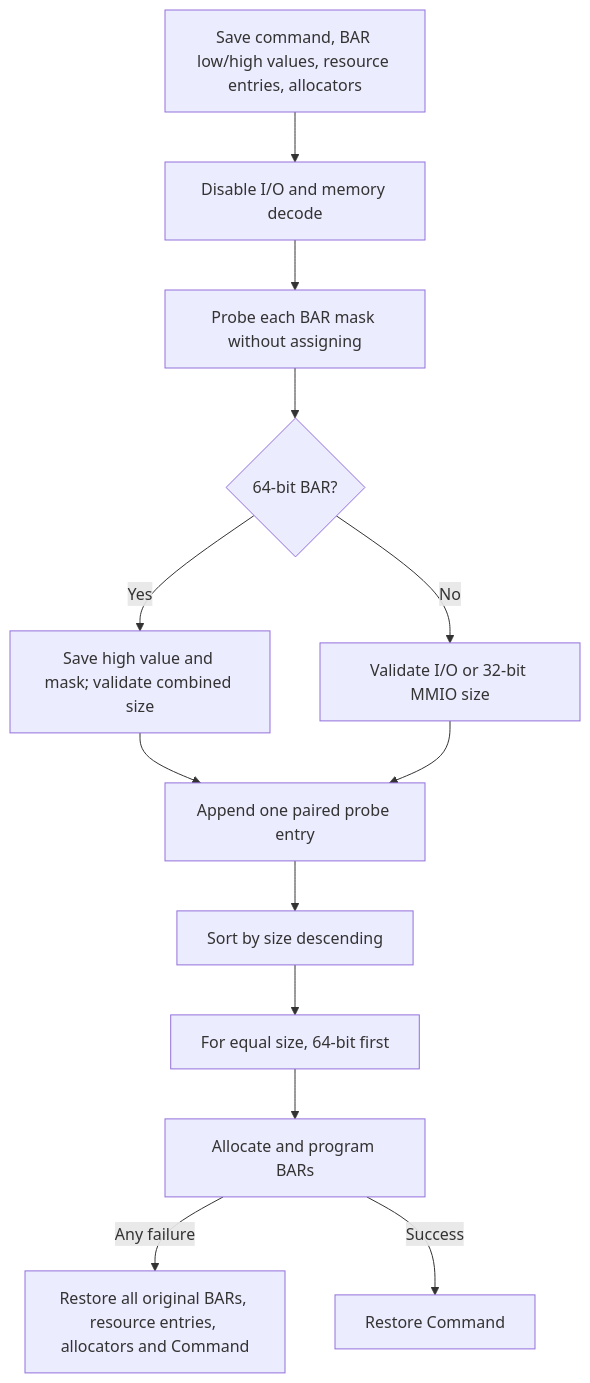
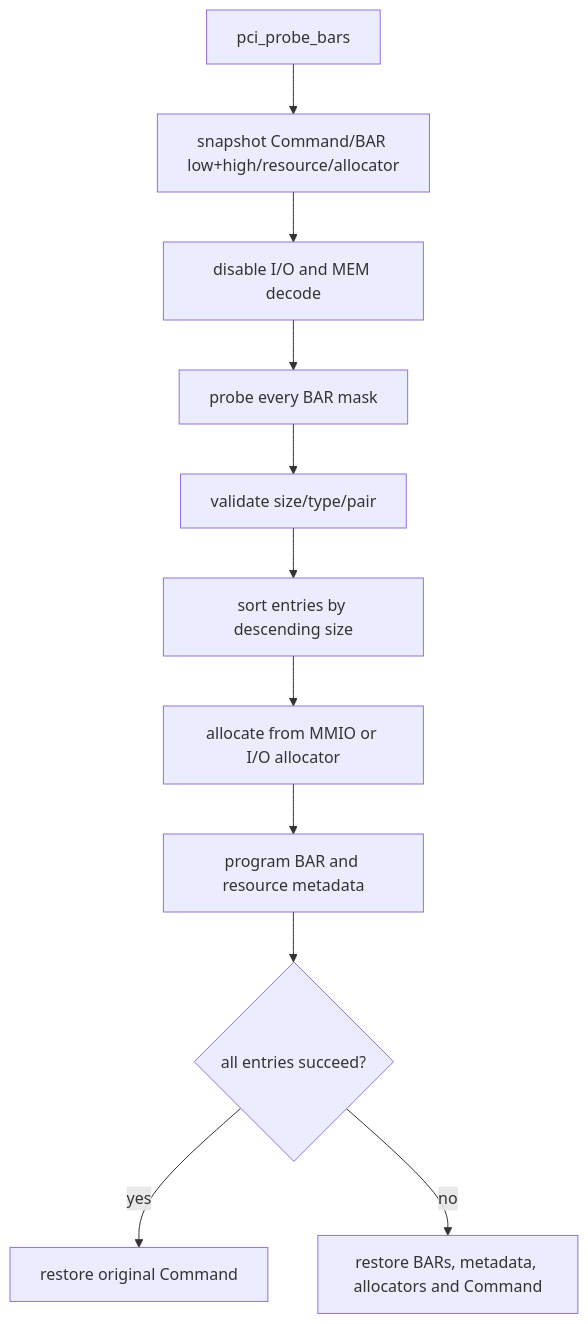
The first of 3 diagrams in docs/Phase113_PCI_BAR降序分配与桥窗口回滚_详细设计文档.md (huangtan203/avisor), drawn with Mermaid before and after one commit. The commit also changed other lines of this file, not shown here.

Commit message:
docs(pci): rebuild Phase 113 BAR rollback design

````diff
--- a/docs/Phase113_PCI_BAR降序分配与桥窗口回滚_详细设计文档.md
+++ b/docs/Phase113_PCI_BAR降序分配与桥窗口回滚_详细设计文档.md
@@ -13,15 +25,13 @@
 ```mermaid
 flowchart TD
-    A[Save command, BAR low/high values, resource entries, allocators] --> B[Disable I/O and memory decode]
-    B --> C[Probe each BAR mask without assigning]
-    C --> D{64-bit BAR?}
-    D -->|Yes| E[Save high value and mask; validate combined size]
-    D -->|No| F[Validate I/O or 32-bit MMIO size]
-    E --> G[Append one paired probe entry]
-    F --> G
-    G --> H[Sort by size descending]
-    H --> I[For equal size, 64-bit first]
-    I --> J[Allocate and program BARs]
-    J -->|Any failure| K[Restore all original BARs, resource entries, allocators and Command]
-    J -->|Success| L[Restore Command]
+    A[pci_probe_bars] --> B[snapshot Command/BAR low+high/resource/allocator]
+    B --> C[disable I/O and MEM decode]
+    C --> D[probe every BAR mask]
+    D --> E[validate size/type/pair]
+    E --> F[sort entries by descending size]
+    F --> G[allocate from MMIO or I/O allocator]
+    G --> H[program BAR and resource metadata]
+    H --> I{all entries succeed?}
+    I -->|yes| J[restore original Command]
+    I -->|no| K[restore BARs, metadata, allocators and Command]
 ```
````
